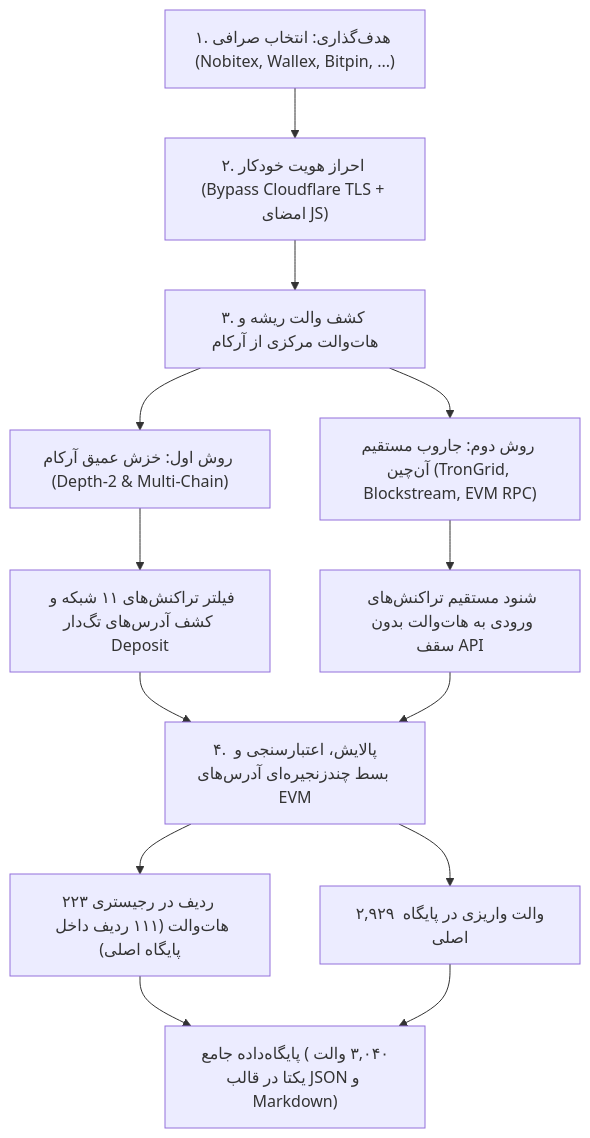
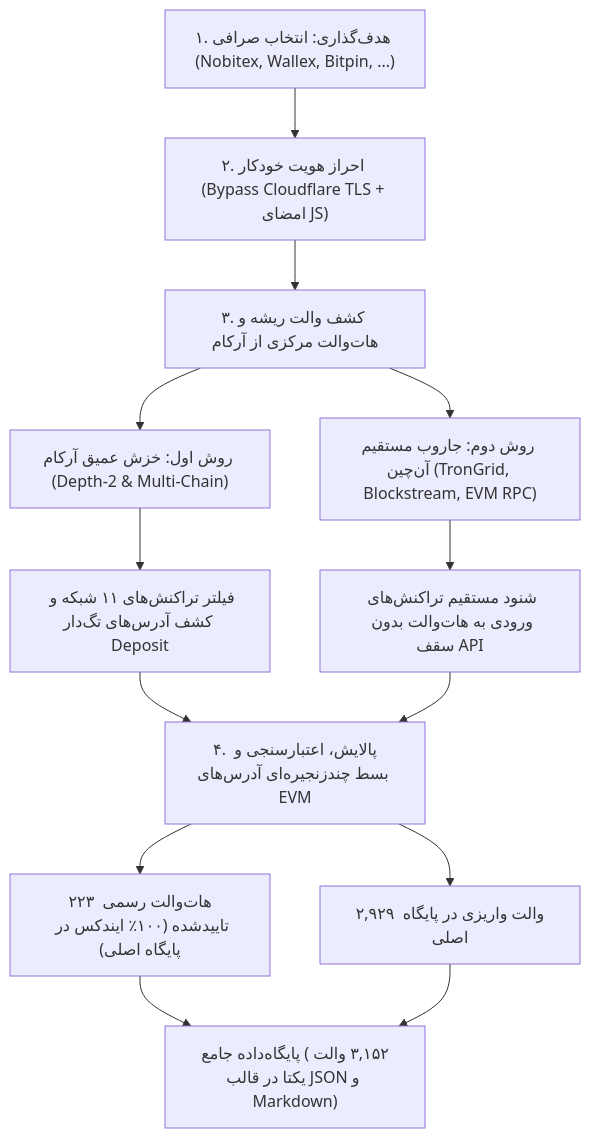
Before and after one commit to Mugen28/Fraud-Detection-Data-Collector: the first of 3 diagrams in README.md, drawn with Mermaid. The commit also changed other lines of this file and 8 other files, not shown here.

````diff
--- a/README.md
+++ b/README.md
@@ -11,20 +11,20 @@
 ```mermaid
 flowchart TD
     A["۱. هدف‌گذاری: انتخاب صرافی (Nobitex, Wallex, Bitpin, ...)"] --> B["۲. احراز هویت خودکار (Bypass Cloudflare TLS + امضای JS)"]
     B --> C["۳. کشف والت ریشه و هات‌والت مرکزی از آرکام"]
     
     C --> D1["روش اول: خزش عمیق آرکام (Depth-2 & Multi-Chain)"]
     C --> D2["روش دوم: جاروب مستقیم آن‌چین (TronGrid, Blockstream, EVM RPC)"]
     
     D1 --> E1["فیلتر تراکنش‌های ۱۱ شبکه و کشف آدرس‌های تگ‌دار Deposit"]
     D2 --> E2["شنود مستقیم تراکنش‌های ورودی به هات‌والت بدون سقف API"]
     
     E1 --> F["۴. پالایش، اعتبارسنجی و بسط چندزنجیره‌ای آدرس‌های EVM"]
     E2 --> F
     
-    F --> G1["۲۲۳ ردیف در رجیستری هات‌والت (۱۱۱ ردیف داخل پایگاه اصلی)"]
+    F --> G1["۲۲۳ هات‌والت رسمی تاییدشده (۱۰۰٪ ایندکس در پایگاه اصلی)"]
     F --> G2["۲,۹۲۹ والت واریزی در پایگاه اصلی"]
     
-    G1 --> H["پایگاه‌داده جامع (۳,۰۴۰ والت یکتا در قالب JSON و Markdown)"]
+    G1 --> H["پایگاه‌داده جامع (۳,۱۵۲ والت یکتا در قالب JSON و Markdown)"]
     G2 --> H
 ```
````
